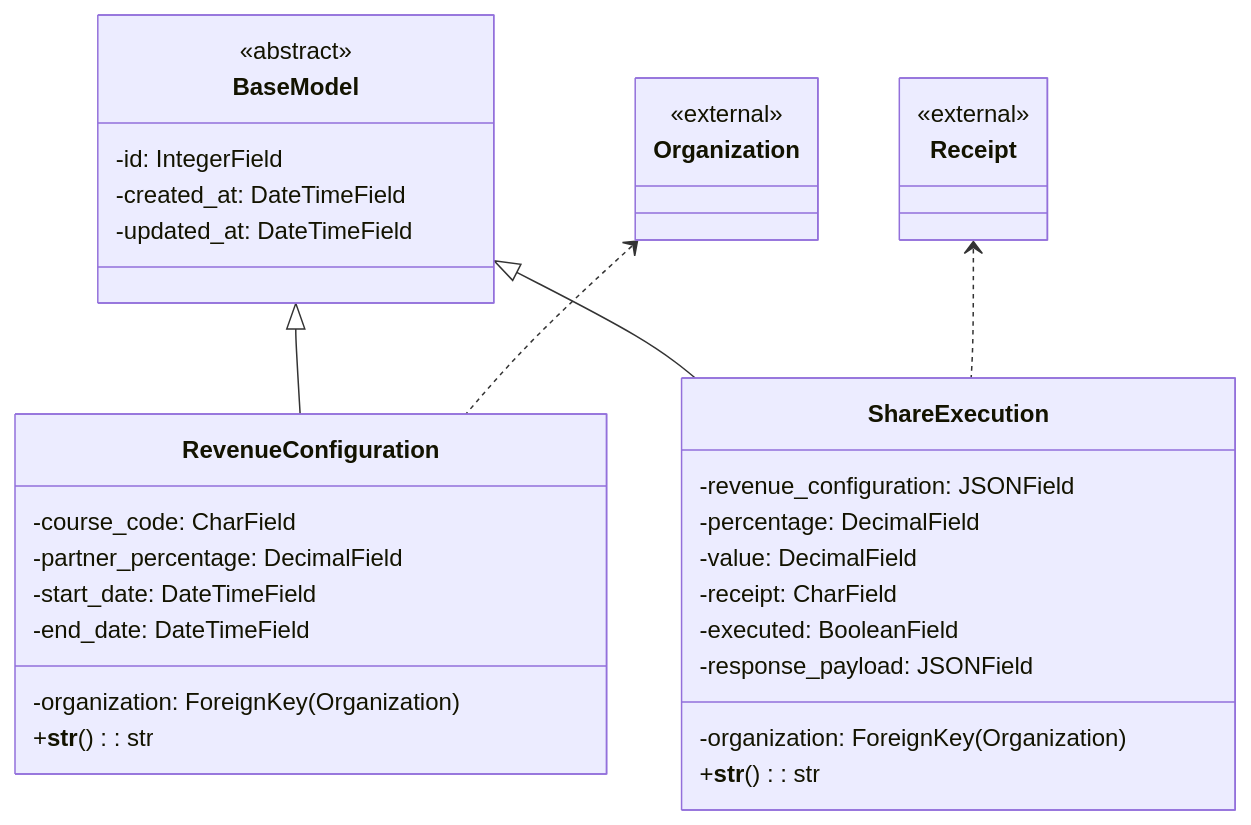
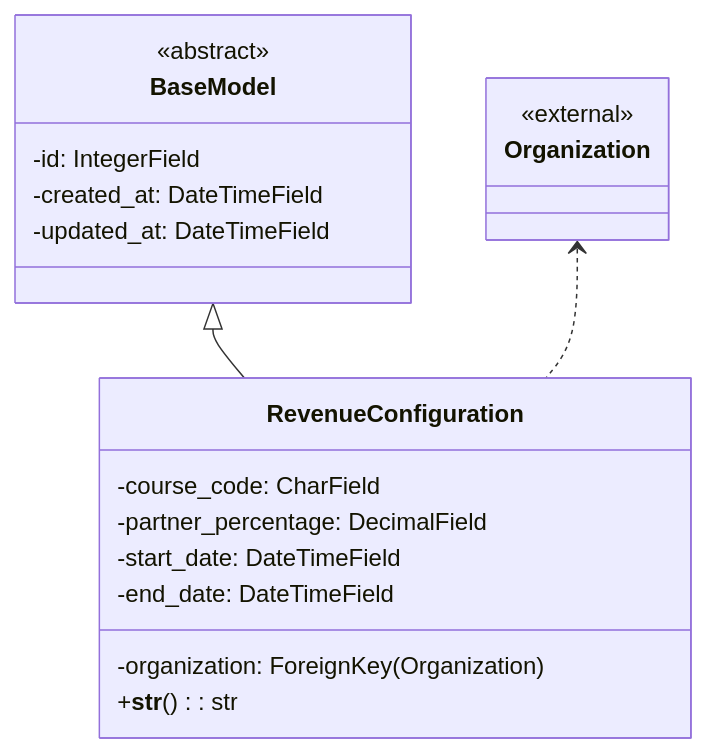
One commit to fccn/nau-financial-manager changed the diagram in apps/shared_revenue/README.md. Above: the diagram before and after it, drawn with Mermaid. The commit also changed 17 other files, not shown here.

Commit message:
refactor: remove share execution class and unused classes with reset migrations

````diff
--- a/apps/shared_revenue/README.md
+++ b/apps/shared_revenue/README.md
@@ -8,37 +8,22 @@
 ```mermaid
 classDiagram
     class BaseModel {
         <<abstract>>
         -id: IntegerField
         -created_at: DateTimeField
         -updated_at: DateTimeField
     }
     class Organization {
         <<external>>
     }
     class RevenueConfiguration {
         -organization: ForeignKey(Organization)
         -course_code: CharField
         -partner_percentage: DecimalField
         -start_date: DateTimeField
         -end_date: DateTimeField
         +__str__(): str
     }
-    class Receipt {
-        <<external>>
-    }
-    class ShareExecution {
-        -organization: ForeignKey(Organization)
-        -revenue_configuration: JSONField
-        -percentage: DecimalField
-        -value: DecimalField
-        -receipt: CharField
-        -executed: BooleanField
-        -response_payload: JSONField
-        +__str__(): str
-    }
     BaseModel <|-- RevenueConfiguration
-    BaseModel <|-- ShareExecution
     Organization <.. RevenueConfiguration
-    Receipt <.. ShareExecution
 ```
````
